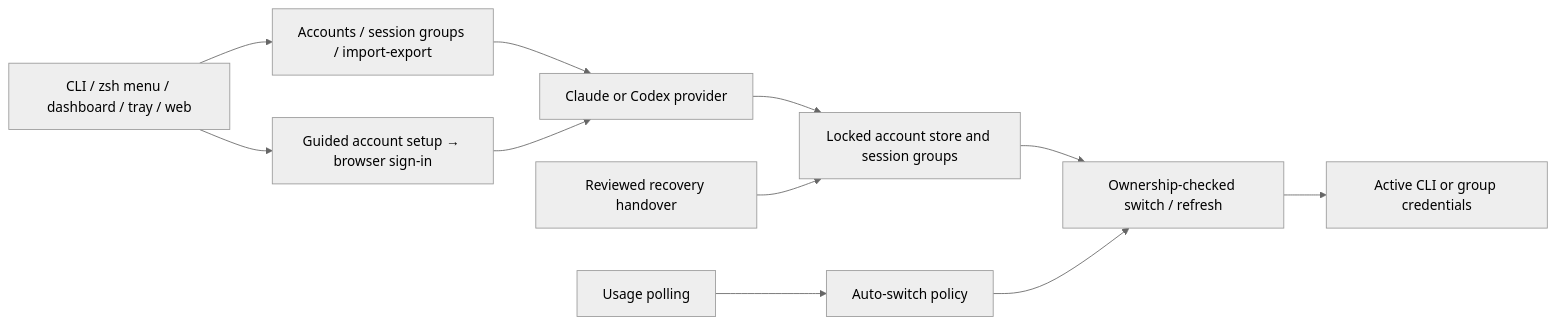
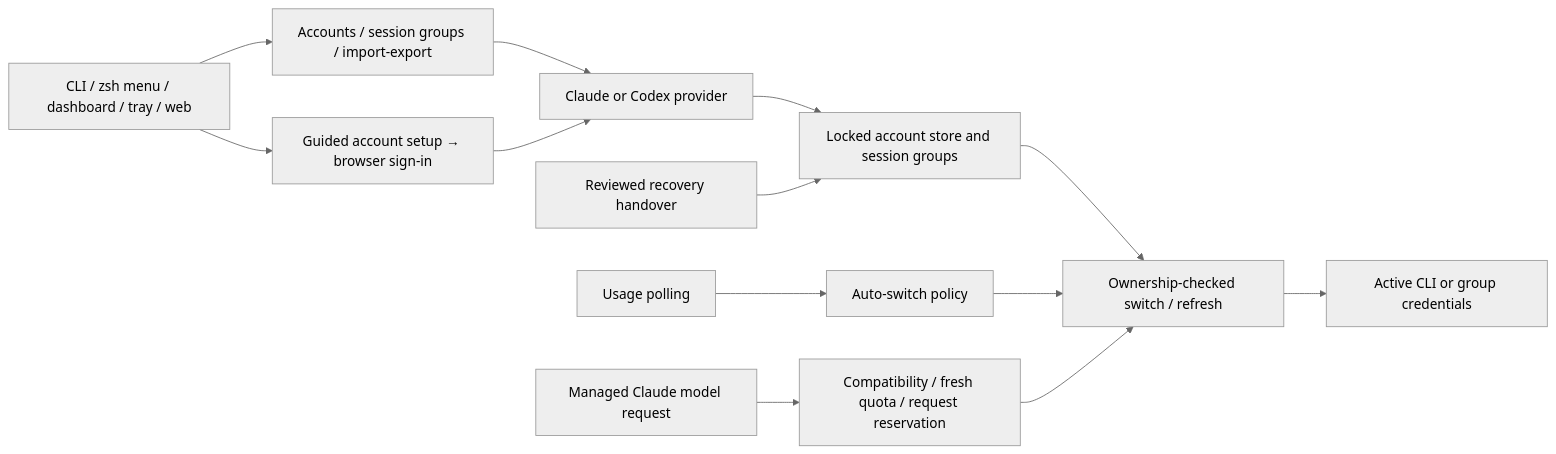
Before and after one commit to tyclab/tycswap: the diagram in README.md, drawn with Mermaid (neutral theme). The commit also changed other lines of this file and 34 other files, not shown here.

Commit message:
feat: route Claude model requests to eligible accounts

````diff
--- a/README.md
+++ b/README.md
@@ -1205,13 +1234,15 @@
 ```mermaid
 flowchart LR
     A["CLI / zsh menu / dashboard / tray / web"] --> M["Accounts / session groups / import-export"]
     M --> B["Claude or Codex provider"]
     A --> I["Guided account setup → browser sign-in"]
     I --> B
     B --> C["Locked account store and session groups"]
     C --> D["Ownership-checked switch / refresh"]
     D --> E["Active CLI or group credentials"]
     F["Usage polling"] --> G["Auto-switch policy"]
     G --> D
+    J["Managed Claude model request"] --> K["Compatibility / fresh quota / request reservation"]
+    K --> D
     H["Reviewed recovery handover"] --> C
 ```
````
